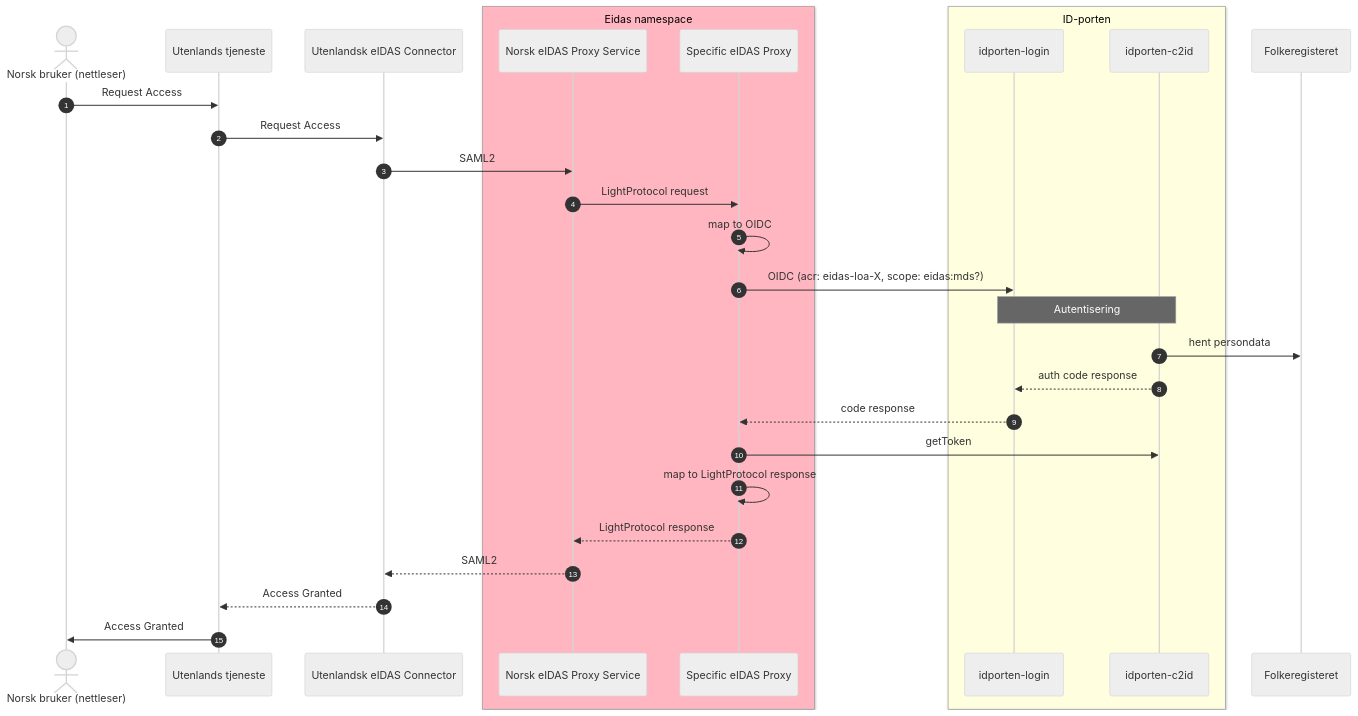
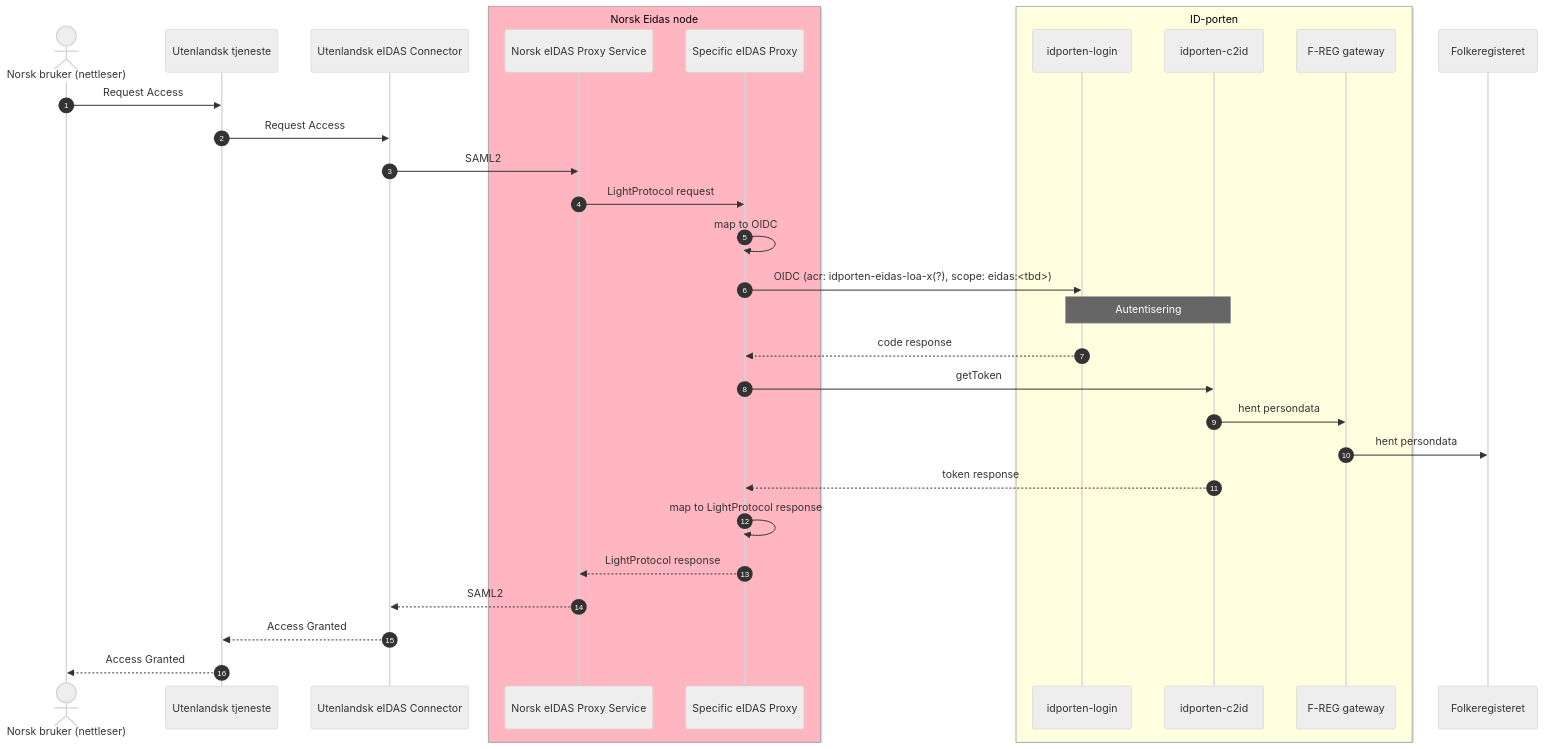
One commit to felleslosninger/eidas-demo-countries changed the first of 2 diagrams in README.md. Above: the diagram before and after it, drawn with Mermaid (neutral theme). The commit also changed other lines of this file, not shown here.

````diff
--- a/README.md
+++ b/README.md
@@ -6,33 +6,35 @@
 ```mermaid  
 sequenceDiagram
 autonumber
     actor User as Norsk bruker (nettleser)
-    participant SP as Utenlands tjeneste
+    participant SP as Utenlandsk tjeneste
     participant UEC as Utenlandsk eIDAS Connector
-    box lightpink Eidas namespace
+    box lightpink Norsk Eidas node
     participant NEP as Norsk eIDAS Proxy Service
     participant SEP as Specific eIDAS Proxy
     end
     box lightyellow ID-porten
     participant IL as idporten-login
     participant C2ID as idporten-c2id
+    participant FRGW as F-REG gateway
     end
     participant FR as Folkeregisteret
 
     User->>SP: Request Access
     SP->>UEC: Request Access
     UEC->>NEP: SAML2
     NEP->>SEP: LightProtocol request
     SEP->>SEP: map to OIDC 
-    SEP->>IL: OIDC (acr: eidas-loa-X, scope: eidas:mds?)
+    SEP->>IL: OIDC (acr: idporten-eidas-loa-x(?), scope: eidas:<tbd>)
     Note over IL,C2ID: Autentisering
-    C2ID->>FR: hent persondata
-    C2ID-->>IL: auth code response
     IL-->>SEP: code response
     SEP->>C2ID: getToken
+    C2ID->>FRGW: hent persondata
+    FRGW->>FR: hent persondata
+    C2ID-->>SEP: token response
     SEP->>SEP: map to LightProtocol response
     SEP-->>NEP: LightProtocol response
     NEP-->>UEC: SAML2
     UEC-->>SP: Access Granted
-    SP->>User: Access Granted
+    SP-->>User: Access Granted
 ```    
````
